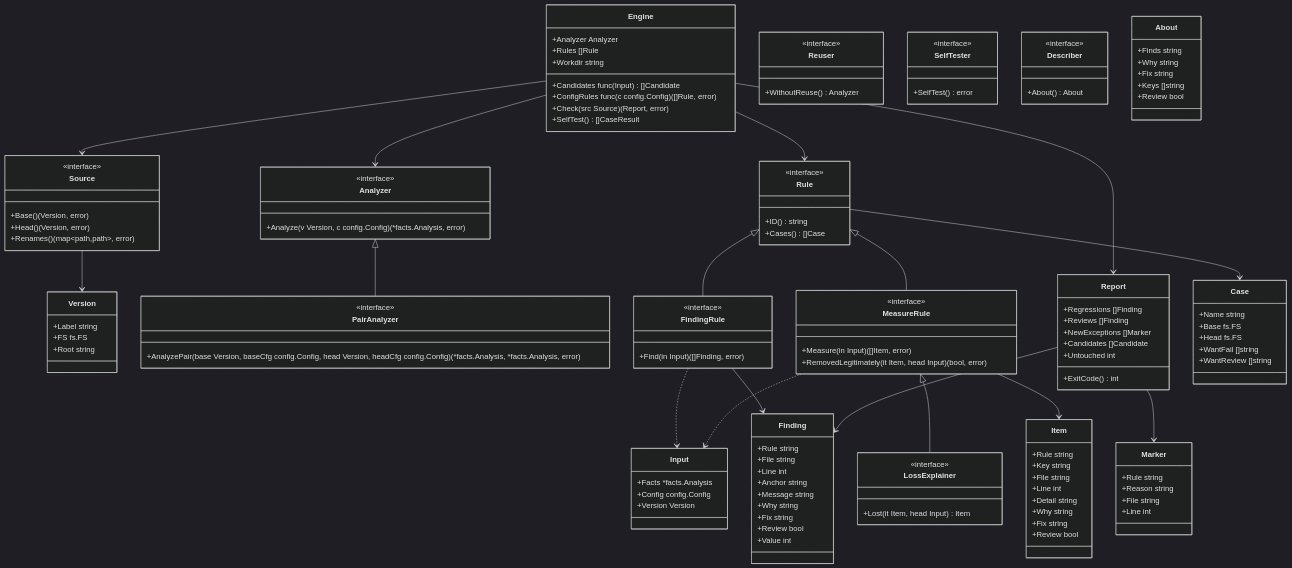
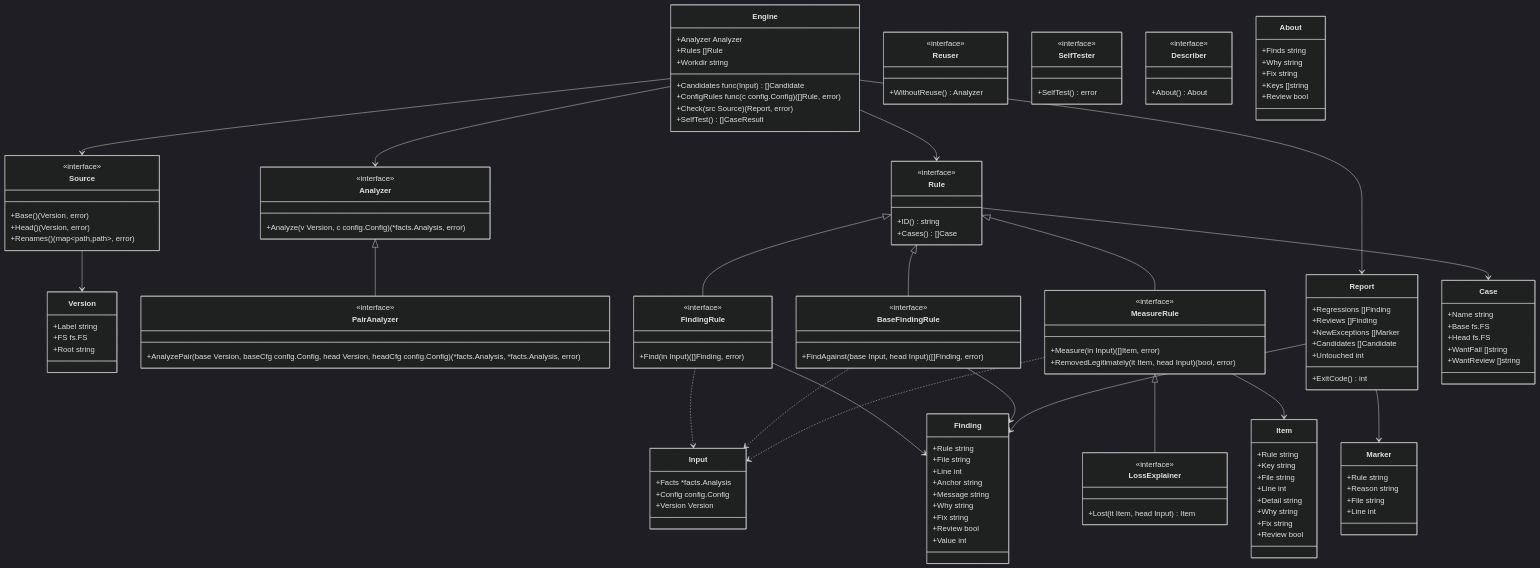
The second of 2 diagrams in docs/design/engine.ja.md (rerorets/hadome), drawn with Mermaid (dark theme) before and after one commit. The commit also changed other lines of this file and 3 other files, not shown here.

Commit message:
The design adds rules that find against base, so that deps/cycle fails only imports of pairs base does not have

```diff
--- a/docs/design/engine.ja.md
+++ b/docs/design/engine.ja.md
@@ -280,6 +294,10 @@
     <<interface>>
     +Find(in Input) ([]Finding, error)
   }
+  class BaseFindingRule {
+    <<interface>>
+    +FindAgainst(base Input, head Input) ([]Finding, error)
+  }
   class MeasureRule {
     <<interface>>
     +Measure(in Input) ([]Item, error)
@@ -337,11 +355,14 @@
   Engine --> Rule
   Source --> Version
   Rule <|-- FindingRule
+  Rule <|-- BaseFindingRule
   Rule <|-- MeasureRule
   MeasureRule <|-- LossExplainer
   FindingRule ..> Input
+  BaseFindingRule ..> Input
   MeasureRule ..> Input
   FindingRule --> Finding
+  BaseFindingRule --> Finding
   MeasureRule --> Item
   Engine --> Report
   Report --> Finding
```
